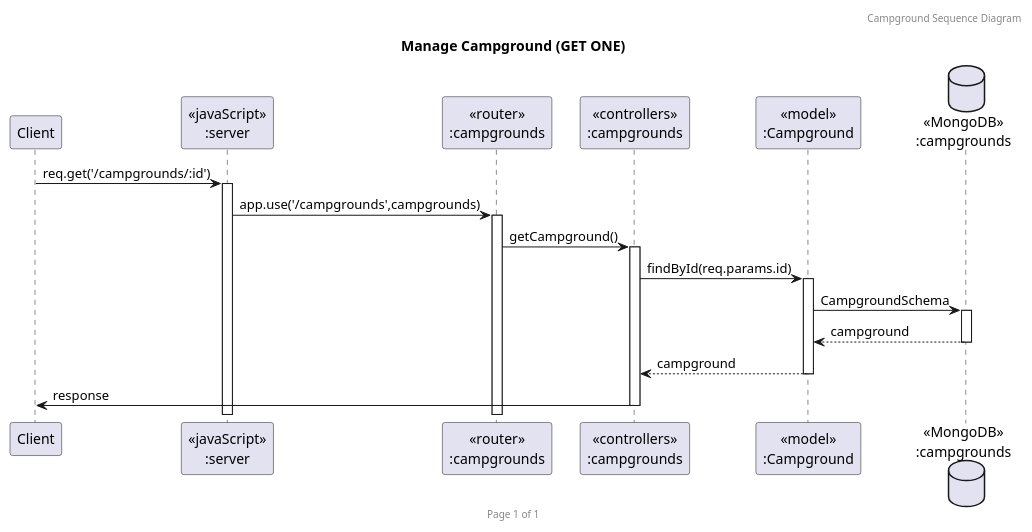
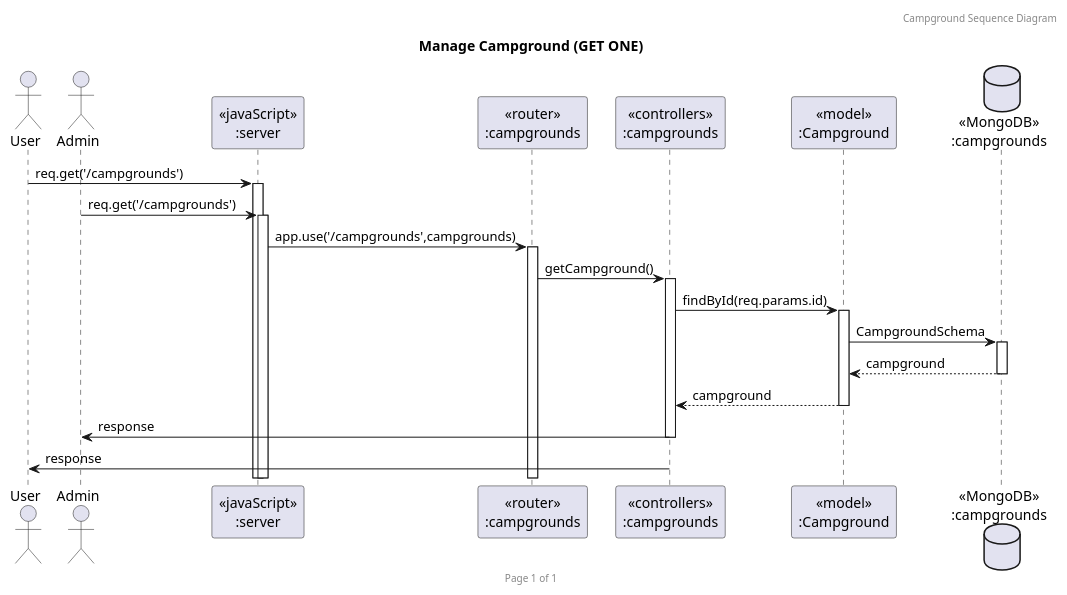
One commit to FaiiFaiipuipui/CEDT_Y1T2_backend-campgroundbooking changed the diagram in diagram/Sequence diagram/Campground/Campground_GETONE.puml. Above: the diagram before and after it, drawn with PlantUML. The commit also changed 4 other files, not shown here.

Commit message:
Update Campground Sequence Diagram

```diff
--- a/diagram/Sequence diagram/Campground/Campground_GETONE.puml
+++ b/diagram/Sequence diagram/Campground/Campground_GETONE.puml
@@ -1,23 +1,26 @@
 @startuml Manage Campground (GET ONE)
 
 header Campground Sequence Diagram
 footer Page %page% of %lastpage%
 title "Manage Campground (GET ONE)"
 
-participant "Client" as client
+actor "User" as user
+actor "Admin" as admin
 participant "<<javaScript>>\n:server" as server
 participant "<<router>>\n:campgrounds" as routerCampgrounds
 participant "<<controllers>>\n:campgrounds" as controllersCampgrounds
 participant "<<model>>\n:Campground" as modelCampground
 database "<<MongoDB>>\n:campgrounds" as CampgroundsDatabase
 
-client->server ++:req.get('/campgrounds/:id')
+user->server ++:req.get('/campgrounds')
+admin->server ++:req.get('/campgrounds')
 server->routerCampgrounds ++:app.use('/campgrounds',campgrounds)
 routerCampgrounds -> controllersCampgrounds ++:getCampground()
 controllersCampgrounds->modelCampground ++:findById(req.params.id)
 modelCampground ->CampgroundsDatabase ++:CampgroundSchema
 CampgroundsDatabase --> modelCampground --:campground
 controllersCampgrounds <-- modelCampground --:campground
-controllersCampgrounds->client --:response
+controllersCampgrounds->admin --:response
+controllersCampgrounds->user --:response
 
 @enduml
```
